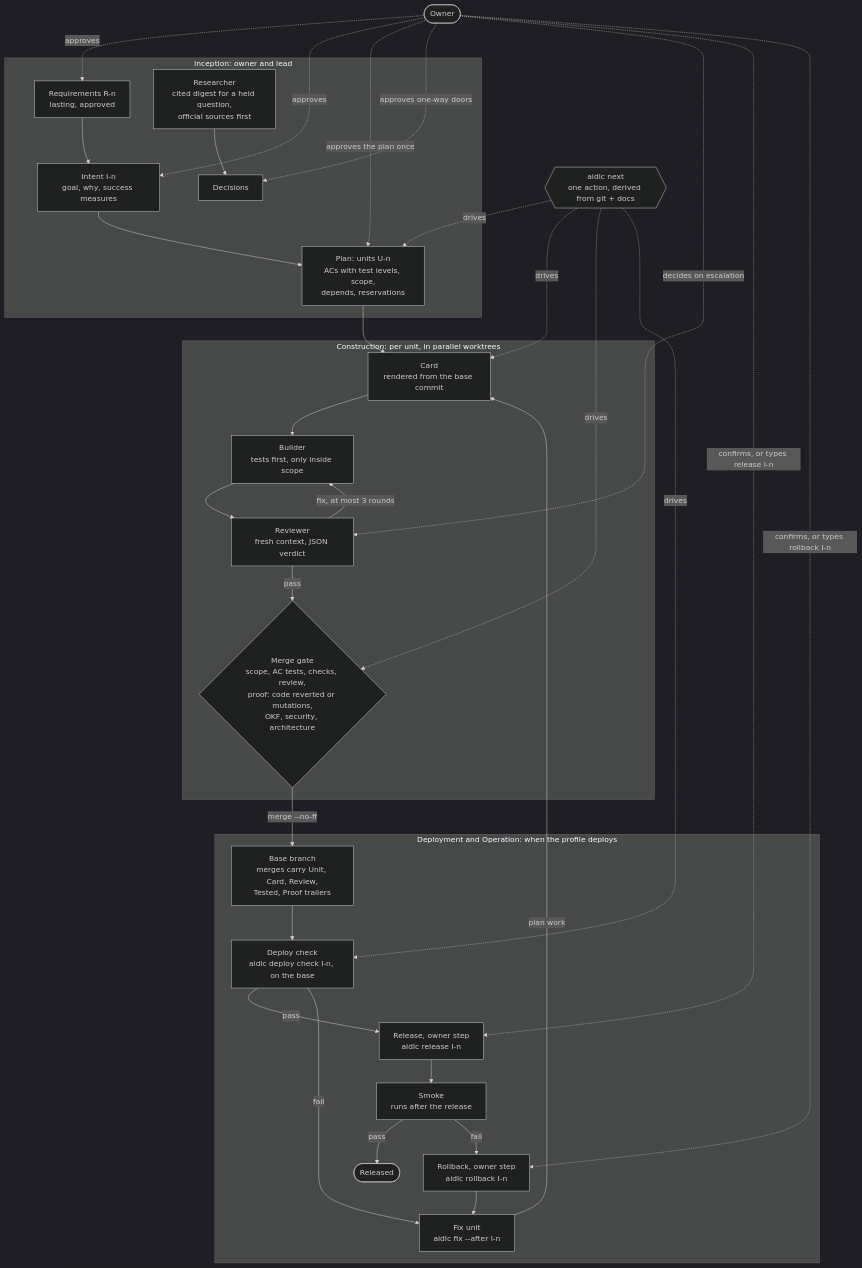
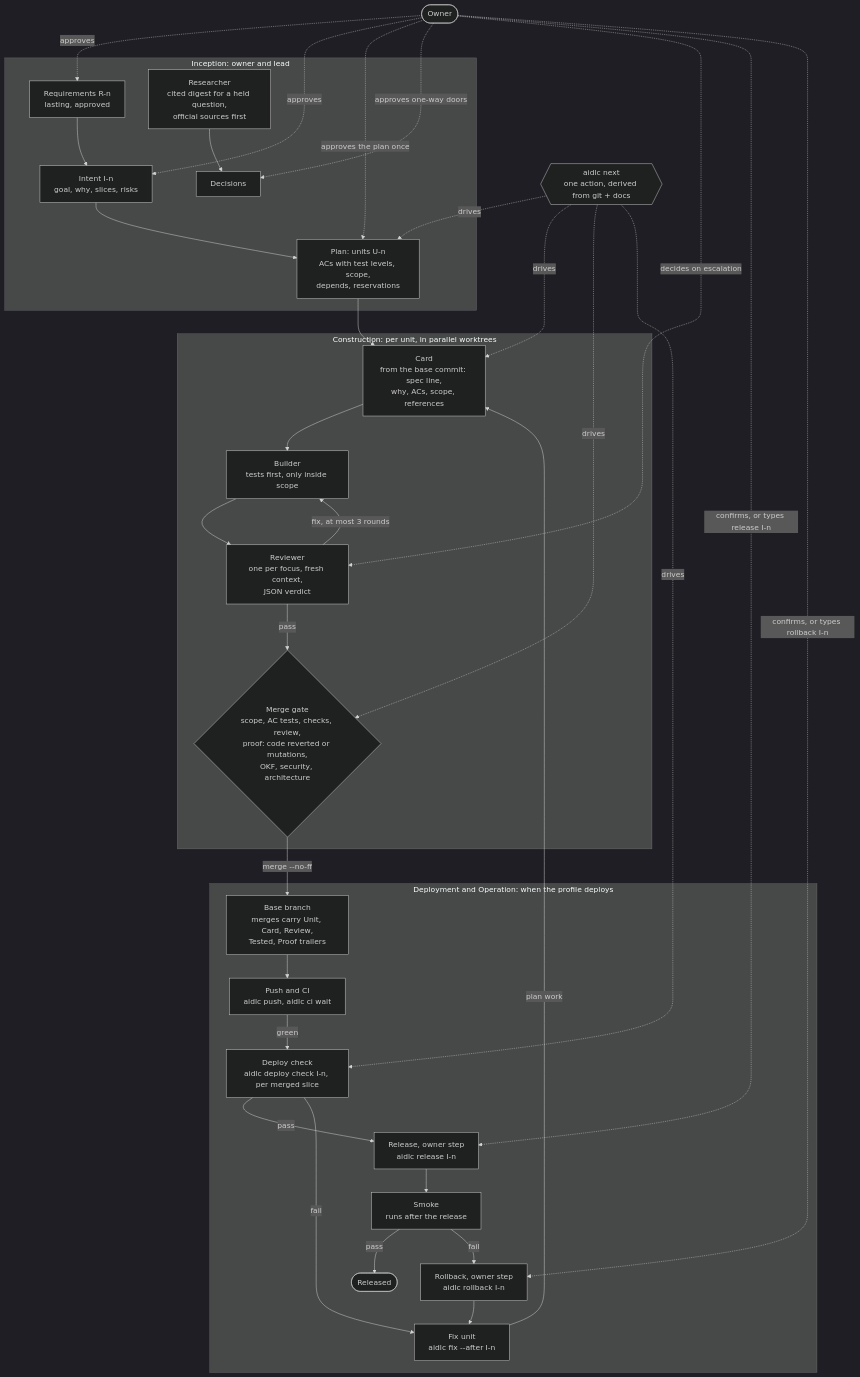
One commit to Scrollout/aidlc-team-plugin changed the first of 2 diagrams in README.md. Above: the diagram before and after it, drawn with Mermaid (dark theme). The commit also changed other lines of this file and 18 other files, not shown here.

````diff
--- a/README.md
+++ b/README.md
@@ -18,55 +18,56 @@
 ```mermaid
 flowchart TB
   owner(["Owner"])
   next{{"aidlc next<br/>one action, derived from git + docs"}}
 
   subgraph inception["Inception: owner and lead"]
     req["Requirements R-n<br/>lasting, approved"]
-    intent["Intent I-n<br/>goal, why, success measures"]
+    intent["Intent I-n<br/>goal, why, slices, risks"]
     plan["Plan: units U-n<br/>ACs with test levels, scope,<br/>depends, reservations"]
     researcher["Researcher<br/>cited digest for a held question,<br/>official sources first"]
     decision["Decisions"]
     req --> intent --> plan
     researcher --> decision
   end
 
   subgraph construction["Construction: per unit, in parallel worktrees"]
-    card["Card<br/>rendered from the base commit"]
+    card["Card<br/>from the base commit: spec line,<br/>why, ACs, scope, references"]
     builder["Builder<br/>tests first, only inside scope"]
-    reviewer["Reviewer<br/>fresh context, JSON verdict"]
+    reviewer["Reviewer<br/>one per focus, fresh context,<br/>JSON verdict"]
     gate{"Merge gate<br/>scope, AC tests, checks, review,<br/>proof: code reverted or mutations,<br/>OKF, security, architecture"}
     card --> builder --> reviewer
     reviewer -- "fix, at most 3 rounds" --> builder
     reviewer -- pass --> gate
   end
 
   subgraph operations["Deployment and Operation: when the profile deploys"]
     base["Base branch<br/>merges carry Unit, Card, Review,<br/>Tested, Proof trailers"]
-    check["Deploy check<br/>aidlc deploy check I-n, on the base"]
+    ci["Push and CI<br/>aidlc push, aidlc ci wait"]
+    check["Deploy check<br/>aidlc deploy check I-n, per merged slice"]
     release["Release, owner step<br/>aidlc release I-n"]
     smoke["Smoke<br/>runs after the release"]
     rollback["Rollback, owner step<br/>aidlc rollback I-n"]
     fixunit["Fix unit<br/>aidlc fix --after I-n"]
     released(["Released"])
-    base --> check -- pass --> release --> smoke -- pass --> released
+    base --> ci -- green --> check -- pass --> release --> smoke -- pass --> released
     check -- fail --> fixunit
     smoke -- fail --> rollback --> fixunit
   end
 
   plan --> card
   gate -- "merge --no-ff" --> base
   fixunit -- "plan work" --> card
 
   owner -. approves .-> req
   owner -. approves .-> intent
   owner -. "approves the plan once" .-> plan
   owner -. "approves one-way doors" .-> decision
   owner -. "decides on escalation" .-> reviewer
   owner -. "confirms, or types release I-n" .-> release
   owner -. "confirms, or types rollback I-n" .-> rollback
 
   next -. drives .-> plan
   next -. drives .-> card
   next -. drives .-> gate
   next -. drives .-> check
 ```
````
